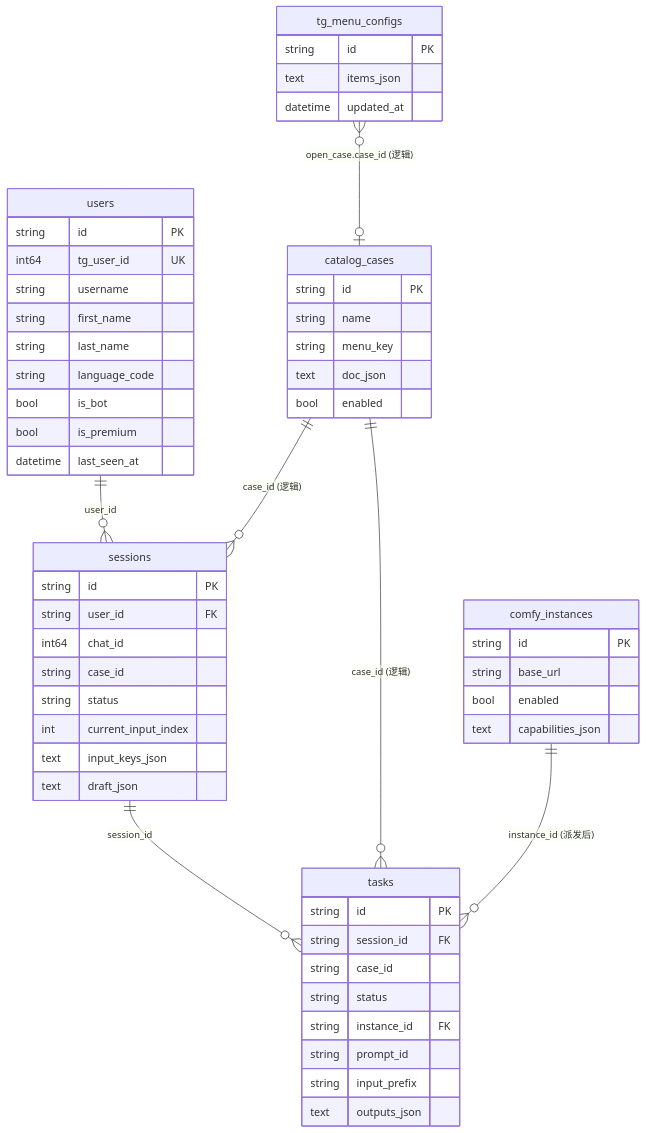
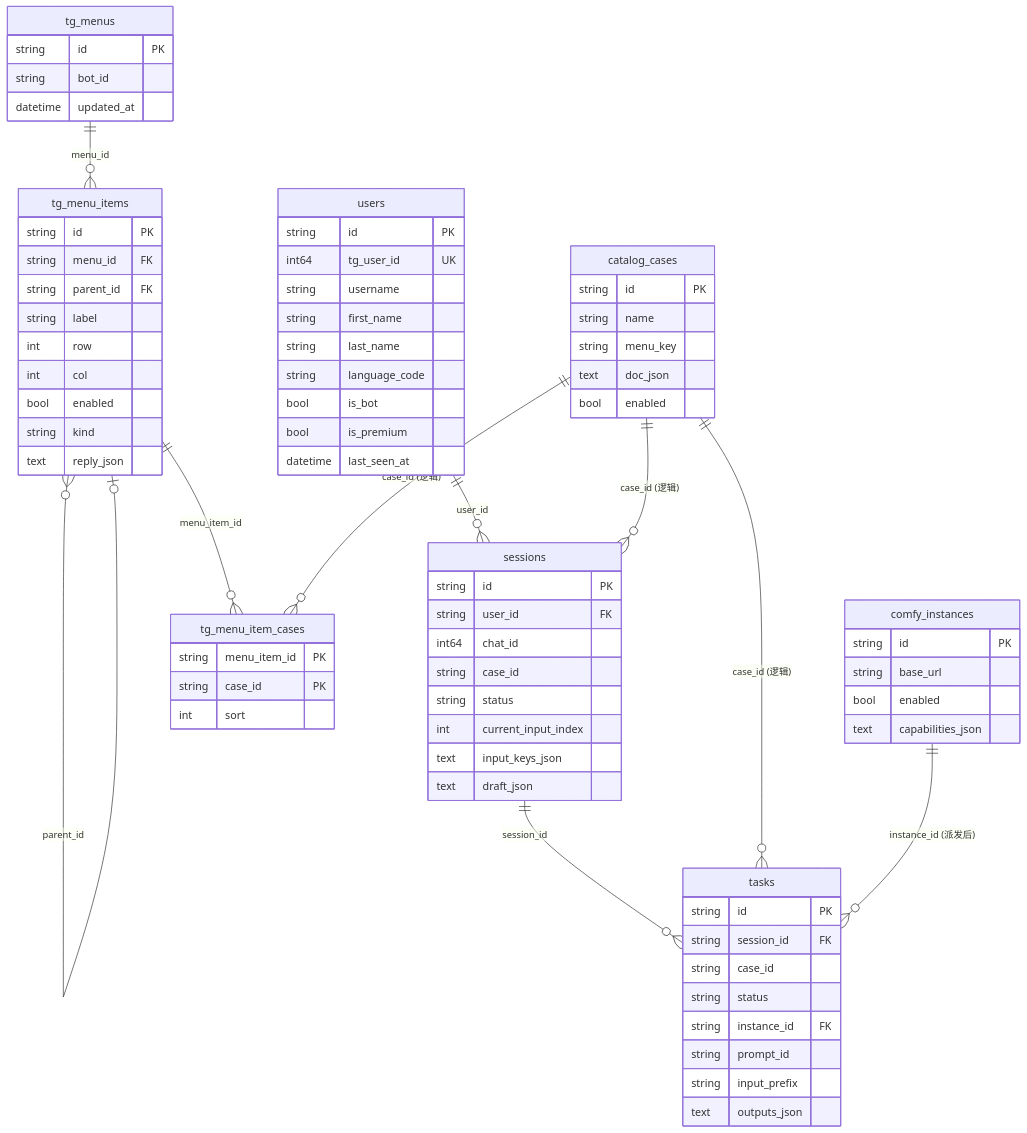
Before and after one commit to Mr9esx/Pixoma: the first of 3 diagrams in docs/architecture/data-model.md, drawn with Mermaid. The commit also changed other lines of this file and 4 other files, not shown here.

Commit message:
docs(architecture): document relational tg menu tree

````diff
--- a/docs/architecture/data-model.md
+++ b/docs/architecture/data-model.md
@@ -164,7 +199,10 @@
   catalog_cases ||--o{ sessions : "case_id (逻辑)"
   catalog_cases ||--o{ tasks : "case_id (逻辑)"
   comfy_instances ||--o{ tasks : "instance_id (派发后)"
-  tg_menu_configs }o--o| catalog_cases : "open_case.case_id (逻辑)"
+  tg_menus ||--o{ tg_menu_items : "menu_id"
+  tg_menu_items }o--o| tg_menu_items : "parent_id"
+  tg_menu_items ||--o{ tg_menu_item_cases : "menu_item_id"
+  catalog_cases ||--o{ tg_menu_item_cases : "case_id (逻辑)"
 
   users {
     string id PK
@@ -215,9 +253,27 @@
     bool enabled
   }
 
-  tg_menu_configs {
+  tg_menus {
     string id PK
-    text items_json
+    string bot_id
     datetime updated_at
   }
+
+  tg_menu_items {
+    string id PK
+    string menu_id FK
+    string parent_id FK
+    string label
+    int row
+    int col
+    bool enabled
+    string kind
+    text reply_json
+  }
+
+  tg_menu_item_cases {
+    string menu_item_id PK
+    string case_id PK
+    int sort
+  }
 ```
````
